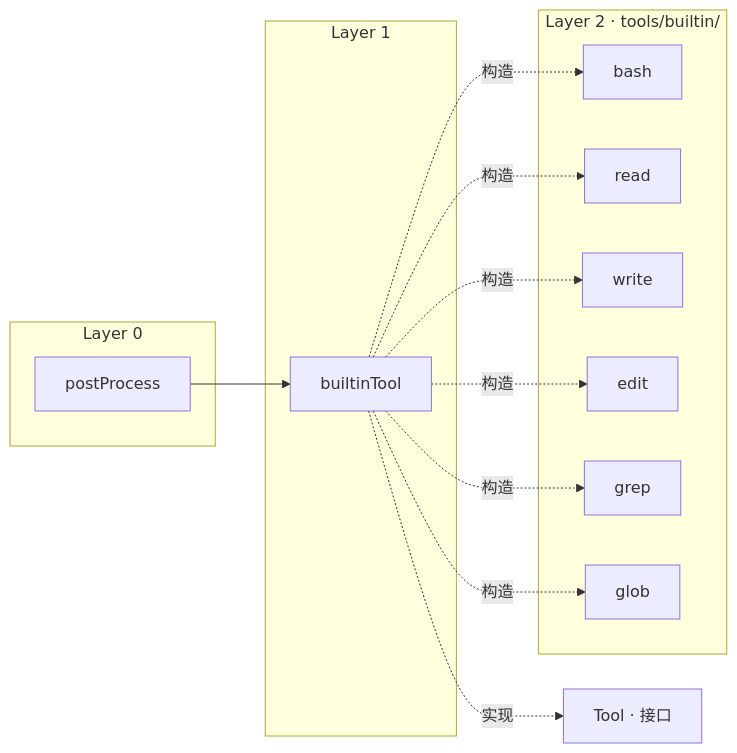
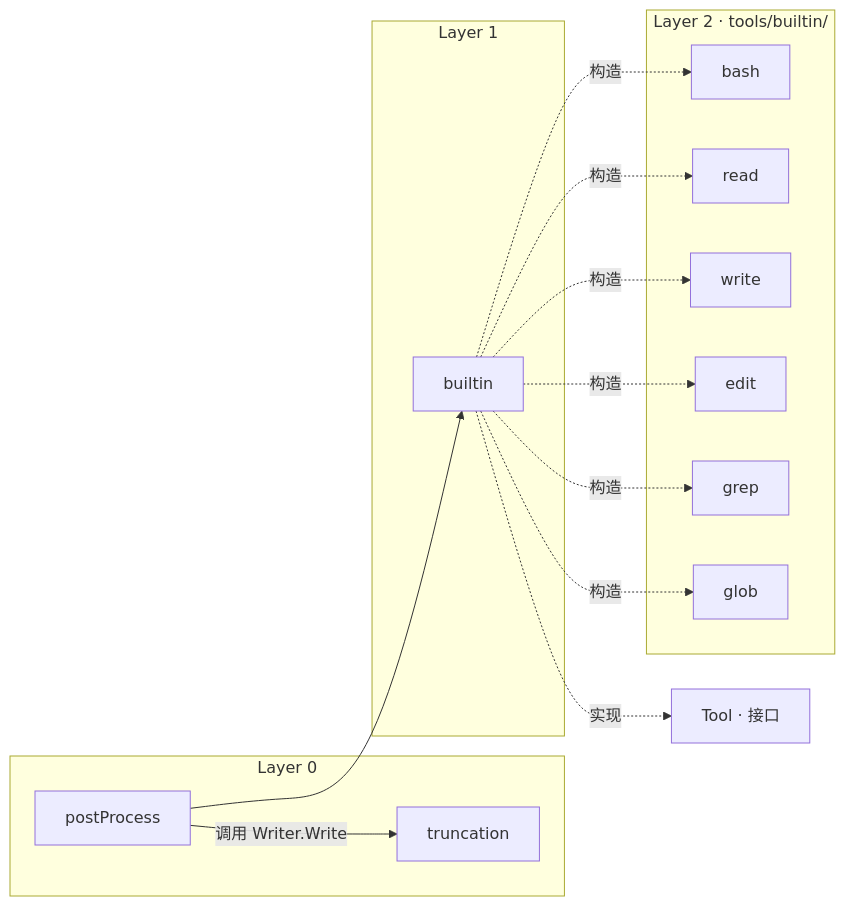
The first of 4 diagrams in docs/tasks/deck/_tree.md (gaiusliu/argo), drawn with Mermaid before and after one commit. The commit also changed other lines of this file and 46 other files, not shown here.

````diff
--- a/docs/tasks/deck/_tree.md
+++ b/docs/tasks/deck/_tree.md
@@ -27,23 +29,25 @@
 ```mermaid
 flowchart LR
     subgraph L0["Layer 0"]
+        tr["truncation"]
         ps["postProcess"]
     end
 
     subgraph L1["Layer 1"]
-        bt["builtinTool"]
+         bt["builtin"]
     end
 
     subgraph L2["Layer 2 · tools/builtin/"]
         bash; read; write; edit; grep; glob
     end
 
     ps --> bt
+    ps -->|调用 Writer.Write| tr
     bt -.->|实现| Tool["Tool · 接口"]
     bt -.->|构造| bash
     bt -.->|构造| read
     bt -.->|构造| write
     bt -.->|构造| edit
     bt -.->|构造| grep
     bt -.->|构造| glob
 ```
````
